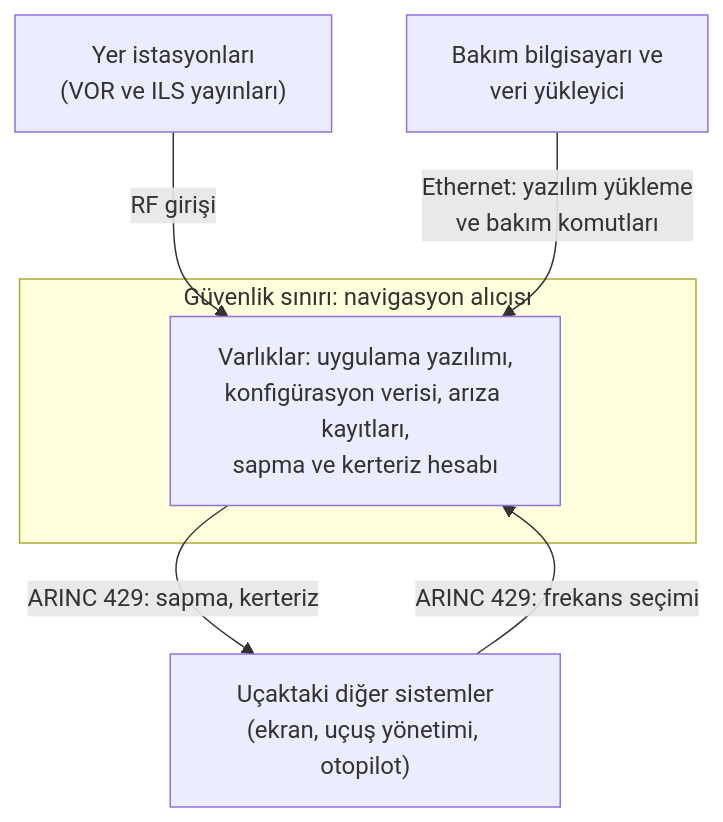
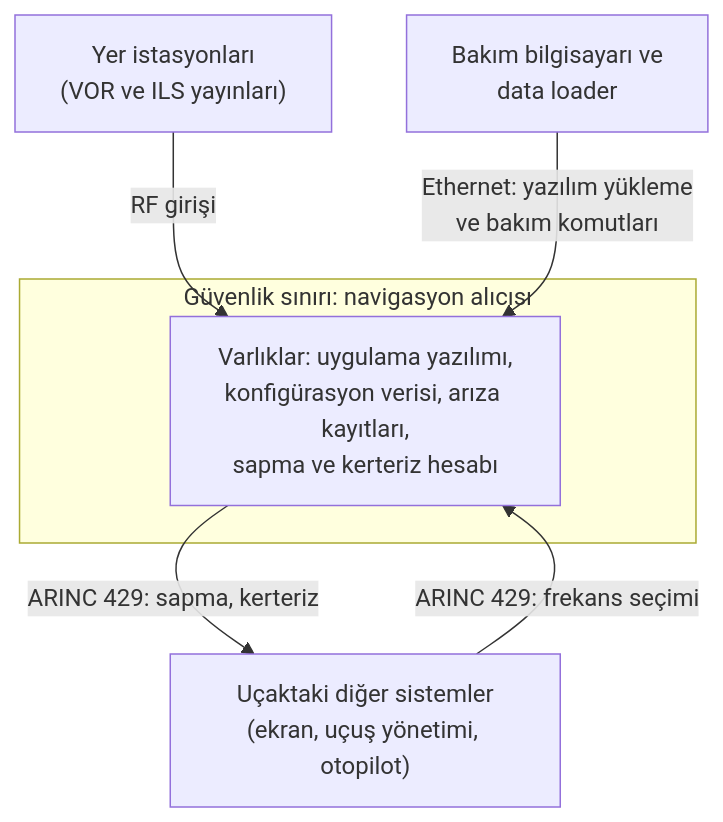
One commit to Mavrikant/aviyonikyazilim changed the second of 2 diagrams in kitap/05-ozel-konular/27-do326a-ucusa-elverislilik-guvenligi.mdx. Above: the diagram before and after it, drawn with Mermaid. The commit also changed other lines of this file and 60 other files, not shown here.

````diff
--- a/kitap/05-ozel-konular/27-do326a-ucusa-elverislilik-guvenligi.mdx
+++ b/kitap/05-ozel-konular/27-do326a-ucusa-elverislilik-guvenligi.mdx
@@ -287,13 +287,13 @@
 ```mermaid
 flowchart TD
     YER["Yer istasyonları<br/>(VOR ve ILS yayınları)"]
-    BKM["Bakım bilgisayarı ve<br/>veri yükleyici"]
+    BKM["Bakım bilgisayarı ve<br/>data loader"]
     UCK["Uçaktaki diğer sistemler<br/>(ekran, uçuş yönetimi, otopilot)"]
     subgraph SNR["Güvenlik sınırı: navigasyon alıcısı"]
         VAR["Varlıklar: uygulama yazılımı,<br/>konfigürasyon verisi, arıza kayıtları,<br/>sapma ve kerteriz hesabı"]
     end
     YER -- "RF girişi" --> VAR
     BKM -- "Ethernet: yazılım yükleme<br/>ve bakım komutları" --> VAR
     UCK -- "ARINC 429: frekans seçimi" --> VAR
     VAR -- "ARINC 429: sapma, kerteriz" --> UCK
 ```
````
